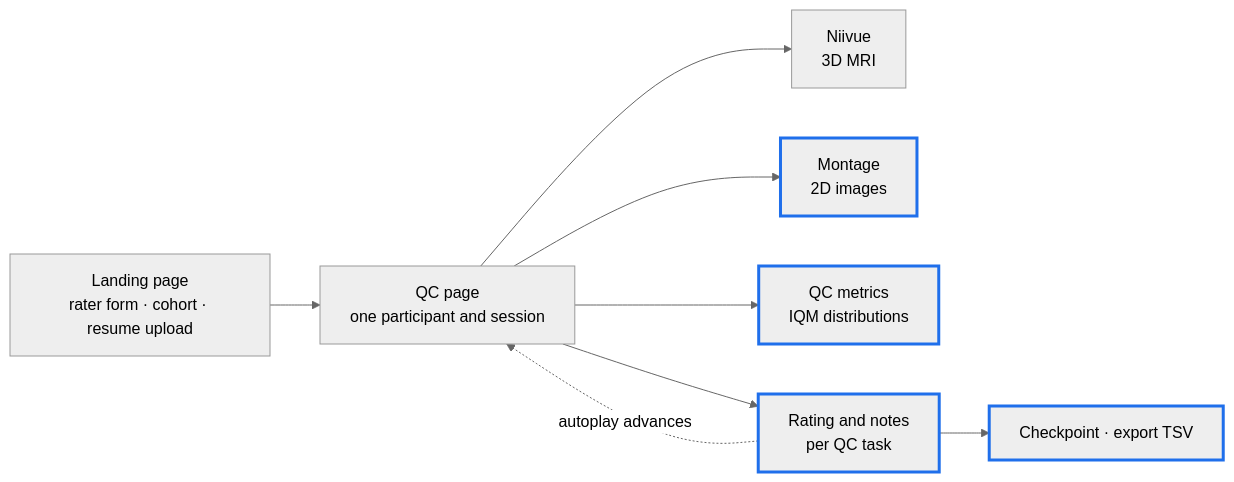
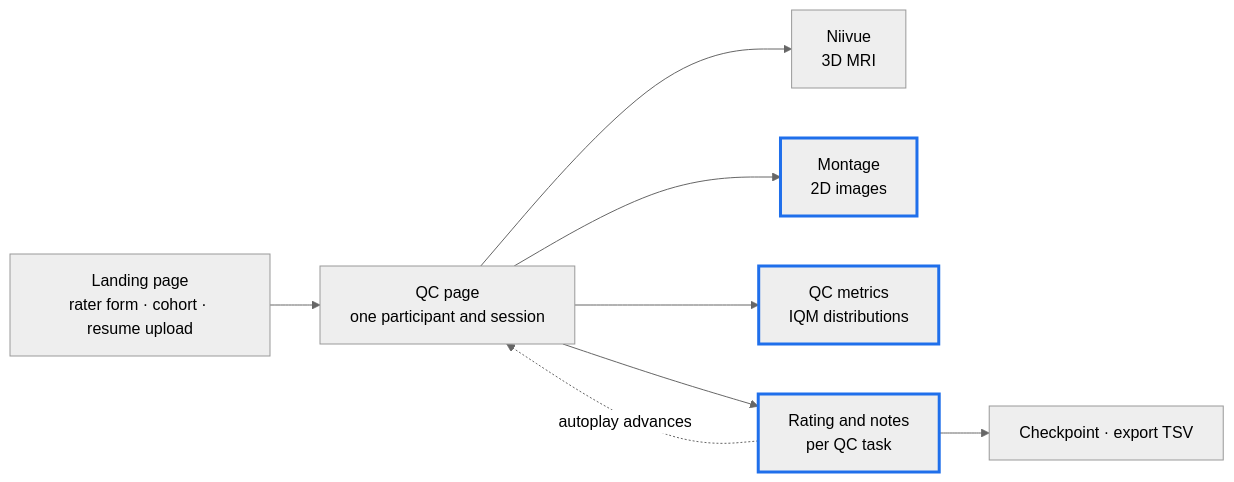
Before and after one commit to mirhnius/gsoc-qc-studio-report: the first of 2 diagrams in GSoC_FINAL_REPORT.md, drawn with Mermaid (neutral theme). The commit also changed other lines of this file, not shown here.

Commit message:
Correct the diagram's attribution and link #107 for the Niivue adoption

````diff
--- a/GSoC_FINAL_REPORT.md
+++ b/GSoC_FINAL_REPORT.md
@@ -101,12 +102,12 @@
 ```mermaid
 flowchart LR
   L["Landing page<br/>rater form · cohort · resume upload"] --> Q["QC page<br/>one participant and session"]
   Q --> N["Niivue<br/>3D MRI"]
   Q --> M["Montage<br/>2D images"]
   Q --> I["QC metrics<br/>IQM distributions"]
   Q --> D["Rating and notes<br/>per QC task"]
   D --> X["Checkpoint · export TSV"]
   D -. "autoplay advances" .-> Q
   classDef mine stroke:#1f6feb,stroke-width:3px;
-  class I,M,D,X mine
+  class I,M,D mine
 ```
````
